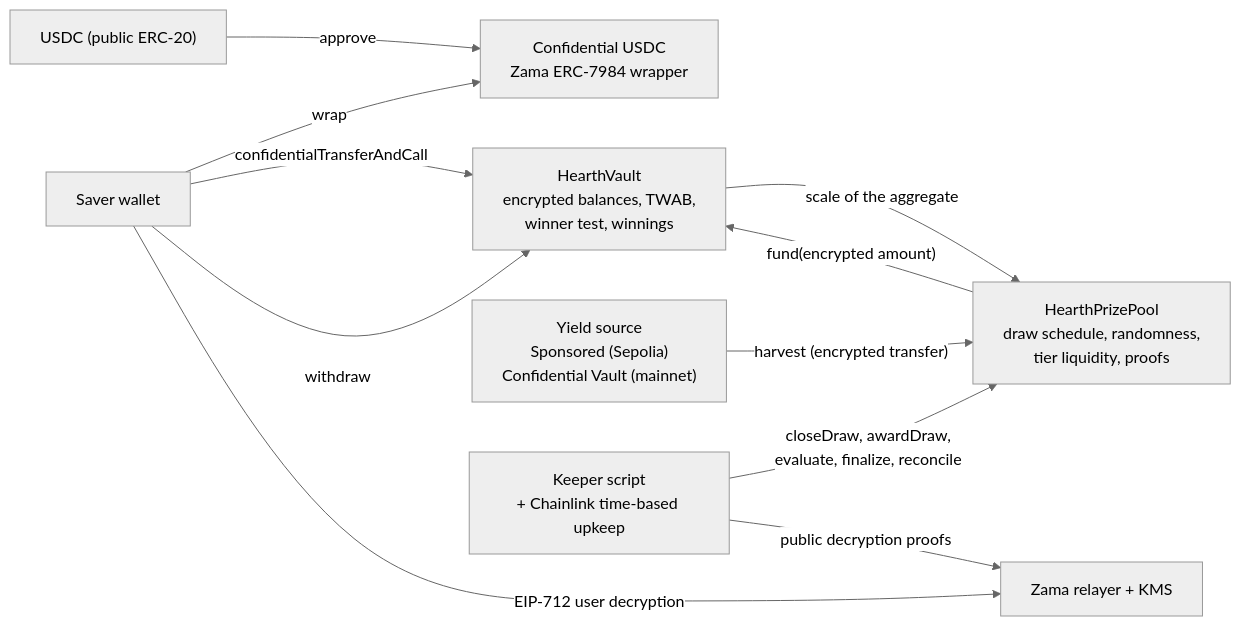
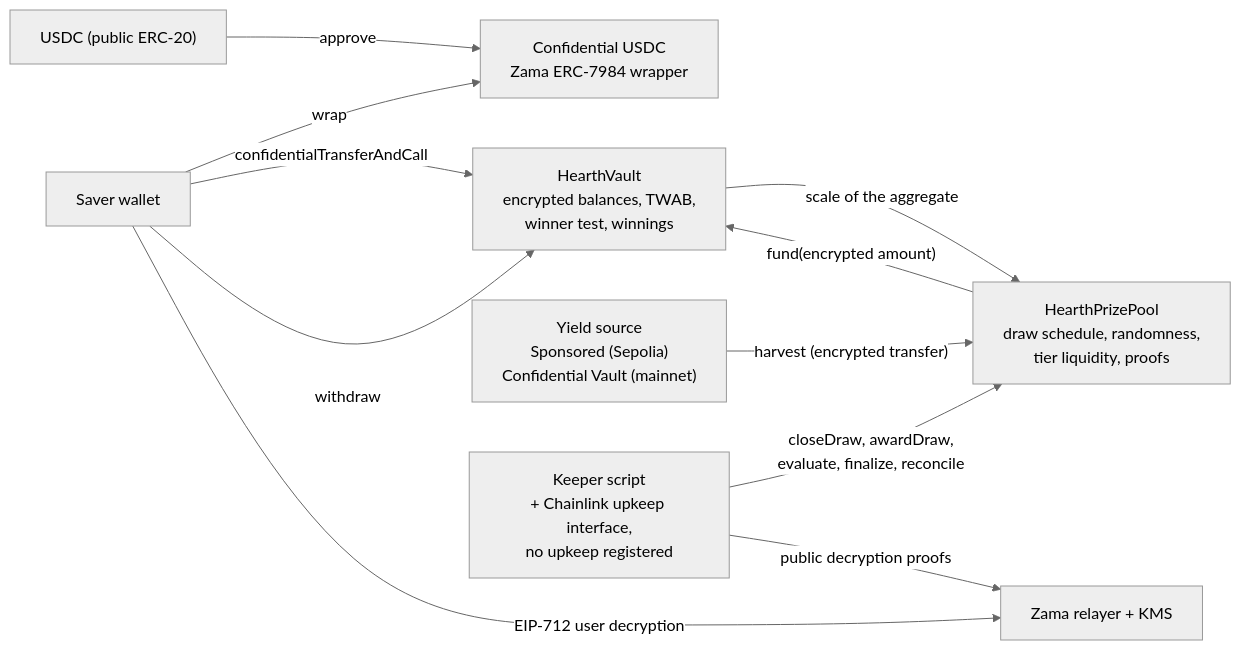
One commit to ramakrishnanhulk20/hearth changed the diagram in docs/getting-started/what-is-hearth.md. Above: the diagram before and after it, drawn with Mermaid (neutral theme). The commit also changed 38 other files, not shown here.

Commit message:
Apply the finishing audit: remove an untested claim, correct every stale figure, fix a double claim and reorder the keeper's reconcile

````diff
--- a/docs/getting-started/what-is-hearth.md
+++ b/docs/getting-started/what-is-hearth.md
@@ -21,22 +21,22 @@
 ```mermaid
 flowchart LR
     Saver["Saver wallet"]
     USDC["USDC (public ERC-20)"]
     cUSDC["Confidential USDC<br/>Zama ERC-7984 wrapper"]
     Vault["HearthVault<br/>encrypted balances, TWAB,<br/>winner test, winnings"]
     Pool["HearthPrizePool<br/>draw schedule, randomness,<br/>tier liquidity, proofs"]
     Yield["Yield source<br/>Sponsored (Sepolia)<br/>Confidential Vault (mainnet)"]
-    Keeper["Keeper script<br/>+ Chainlink time-based upkeep"]
+    Keeper["Keeper script<br/>+ Chainlink upkeep interface,<br/>no upkeep registered"]
     Relayer["Zama relayer + KMS"]
 
     Saver -- "wrap" --> cUSDC
     USDC -- "approve" --> cUSDC
     Saver -- "confidentialTransferAndCall" --> Vault
     Saver -- "withdraw" --> Vault
     Vault -- "scale of the aggregate" --> Pool
     Pool -- "fund(encrypted amount)" --> Vault
     Yield -- "harvest (encrypted transfer)" --> Pool
     Keeper -- "closeDraw, awardDraw,<br/>evaluate, finalize, reconcile" --> Pool
     Keeper -- "public decryption proofs" --> Relayer
     Saver -- "EIP-712 user decryption" --> Relayer
 ```
````
